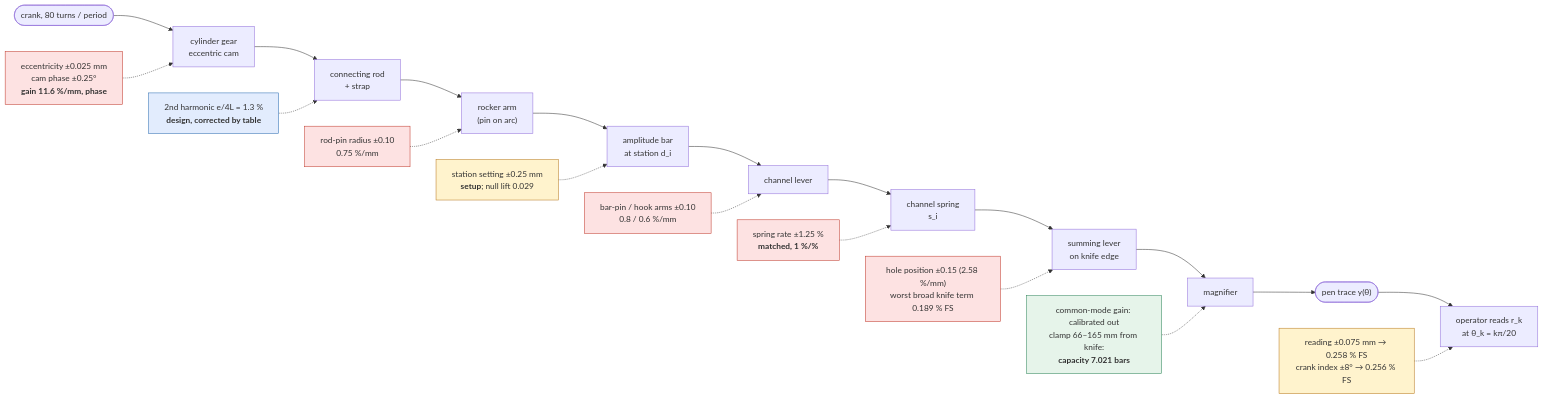
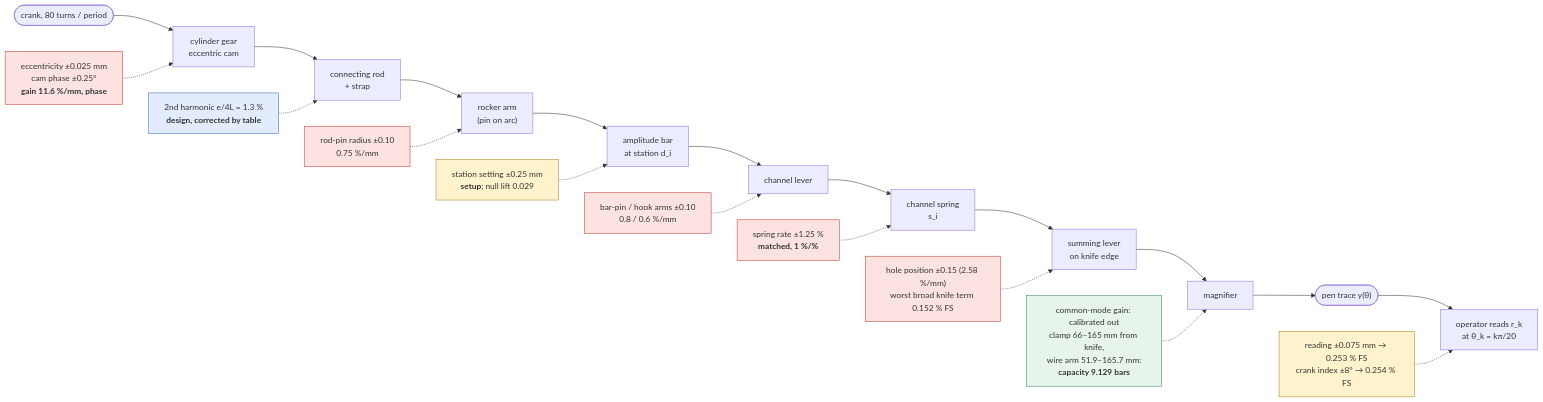
One commit to pedropaulovc/harmonic-analyzer changed the first of 4 diagrams in cad/docs/tolerance-policy.md. Above: the diagram before and after it, drawn with Mermaid. The commit also changed other lines of this file and 5 other files, not shown here.

First line of the commit message:
mg: base readout gain on the signed hook wire arm

````diff
--- a/cad/docs/tolerance-policy.md
+++ b/cad/docs/tolerance-policy.md
@@ -135,27 +135,27 @@
 ```mermaid
 flowchart LR
     crank([crank, 80 turns / period]) --> cam
     cam["cylinder gear<br/>eccentric cam"] --> rod["connecting rod<br/>+ strap"]
     rod --> rocker["rocker arm<br/>(pin on arc)"]
     rocker --> bar["amplitude bar<br/>at station d_i"]
     bar --> lever["channel lever"]
     lever --> spring["channel spring<br/>s_i"]
     spring --> summing["summing lever<br/>on knife edge"]
     summing --> mag["magnifier"] --> pen(["pen trace y(θ)"])
     pen --> op["operator reads r_k<br/>at θ_k = kπ/20"]
 
     e1["eccentricity ±0.025 mm<br/>cam phase ±0.25°<br/><b>gain 11.6 %/mm, phase</b>"]:::part -.-> cam
     e2["2nd harmonic e/4L = 1.3 %<br/><b>design, corrected by table</b>"]:::design -.-> rod
     e3["rod-pin radius ±0.10<br/>0.75 %/mm"]:::part -.-> rocker
     e4["station setting ±0.25 mm<br/><b>setup</b>; null lift 0.029"]:::setup -.-> bar
     e5["bar-pin / hook arms ±0.10<br/>0.8 / 0.6 %/mm"]:::part -.-> lever
     e6["spring rate ±1.25 %<br/><b>matched, 1 %/%</b>"]:::part -.-> spring
-    e7["hole position ±0.15 (2.58 %/mm)<br/>worst broad knife term 0.189 % FS"]:::part -.-> summing
-    e8["common-mode gain: calibrated out<br/>clamp 66–165 mm from knife:<br/><b>capacity 7.021 bars</b>"]:::free -.-> mag
-    e9["reading ±0.075 mm → 0.258 % FS<br/>crank index ±8° → 0.256 % FS"]:::setup -.-> op
+    e7["hole position ±0.15 (2.58 %/mm)<br/>worst broad knife term 0.152 % FS"]:::part -.-> summing
+    e8["common-mode gain: calibrated out<br/>clamp 66–165 mm from knife,<br/>wire arm 51.9–165.7 mm:<br/><b>capacity 9.129 bars</b>"]:::free -.-> mag
+    e9["reading ±0.075 mm → 0.253 % FS<br/>crank index ±8° → 0.254 % FS"]:::setup -.-> op
 
     classDef part fill:#fde2e2,stroke:#c0392b
     classDef setup fill:#fff3cd,stroke:#b7791f
     classDef design fill:#e2ecfd,stroke:#2b6cb0
     classDef free fill:#e6f4ea,stroke:#2f855a
 ```
````
